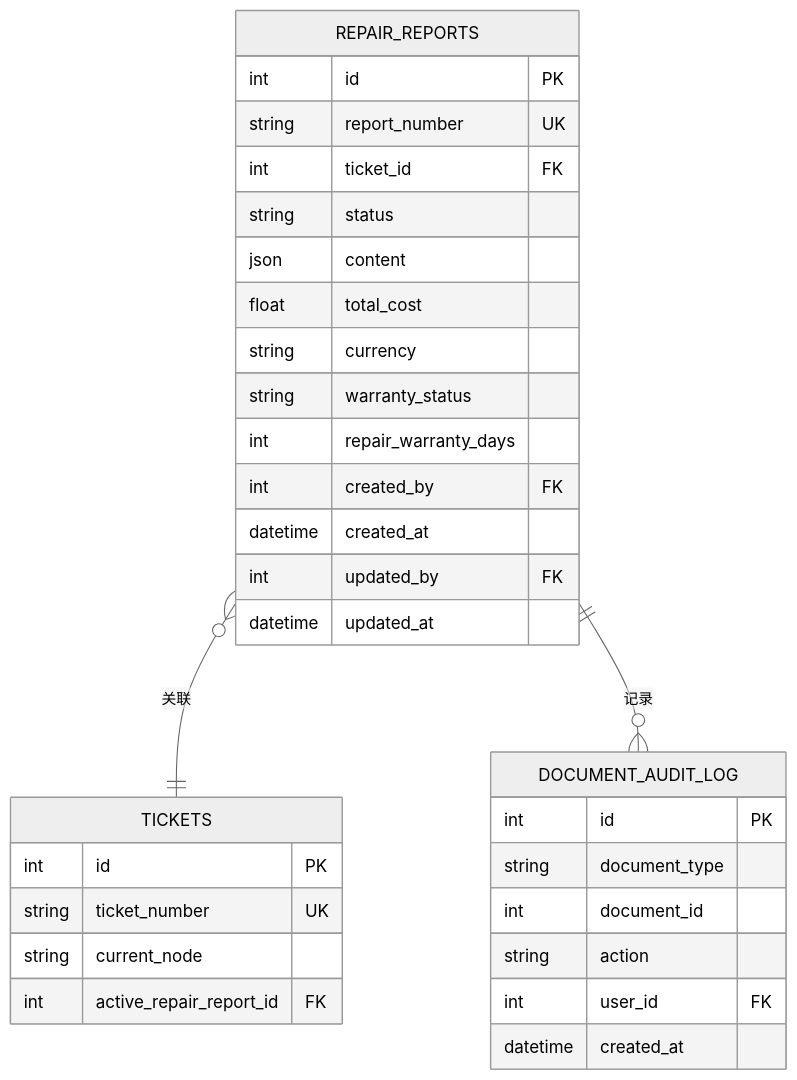
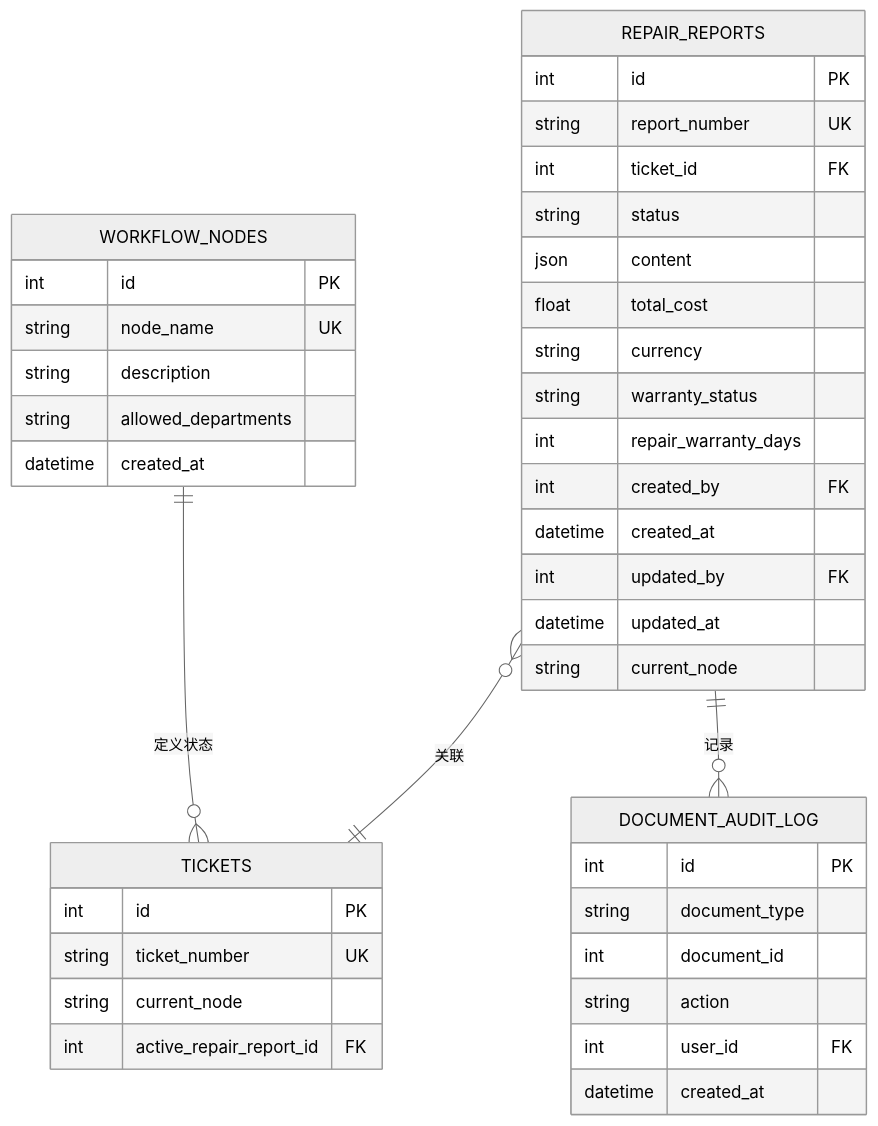
The fourth of 8 diagrams in .qoder/repowiki/zh/content/前端组件架构/服务工作流增强/运营维修报告编辑器.md (CubeEdge/Longhorn), drawn with Mermaid (neutral theme) before and after one commit. The commit also changed other lines of this file and 3 other files, not shown here.

````diff
--- a/.qoder/repowiki/zh/content/前端组件架构/服务工作流增强/运营维修报告编辑器.md
+++ b/.qoder/repowiki/zh/content/前端组件架构/服务工作流增强/运营维修报告编辑器.md
@@ -167,34 +203,43 @@
 ```mermaid
 erDiagram
 REPAIR_REPORTS {
 int id PK
 string report_number UK
 int ticket_id FK
 string status
 json content
 float total_cost
 string currency
 string warranty_status
 int repair_warranty_days
 int created_by FK
 datetime created_at
 int updated_by FK
 datetime updated_at
+string current_node
 }
 TICKETS {
 int id PK
 string ticket_number UK
 string current_node
 int active_repair_report_id FK
 }
 DOCUMENT_AUDIT_LOG {
 int id PK
 string document_type
 int document_id
 string action
 int user_id FK
 datetime created_at
 }
+WORKFLOW_NODES {
+int id PK
+string node_name UK
+string description
+string allowed_departments
+datetime created_at
+}
 REPAIR_REPORTS }o--|| TICKETS : "关联"
 REPAIR_REPORTS ||--o{ DOCUMENT_AUDIT_LOG : "记录"
+WORKFLOW_NODES ||--o{ TICKETS : "定义状态"
 ```
````
